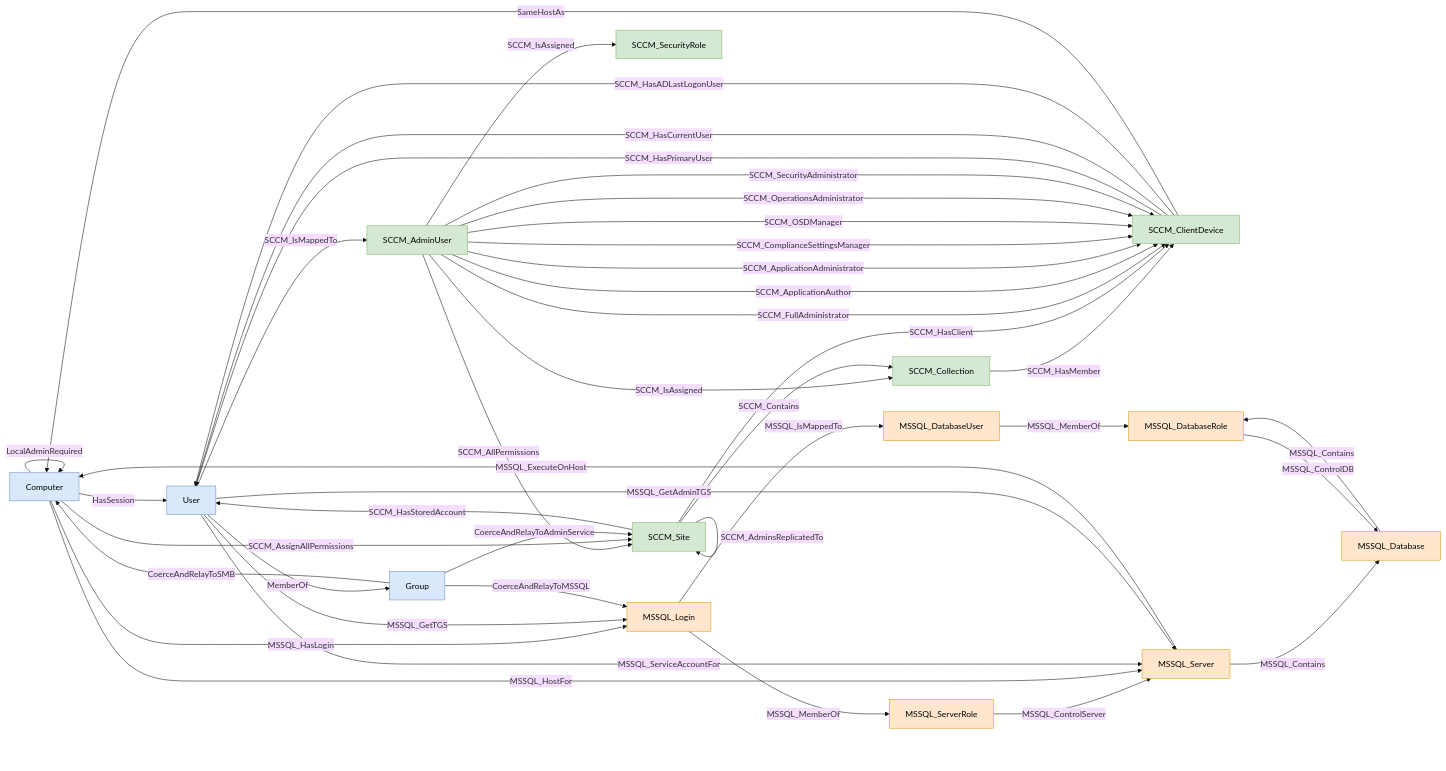
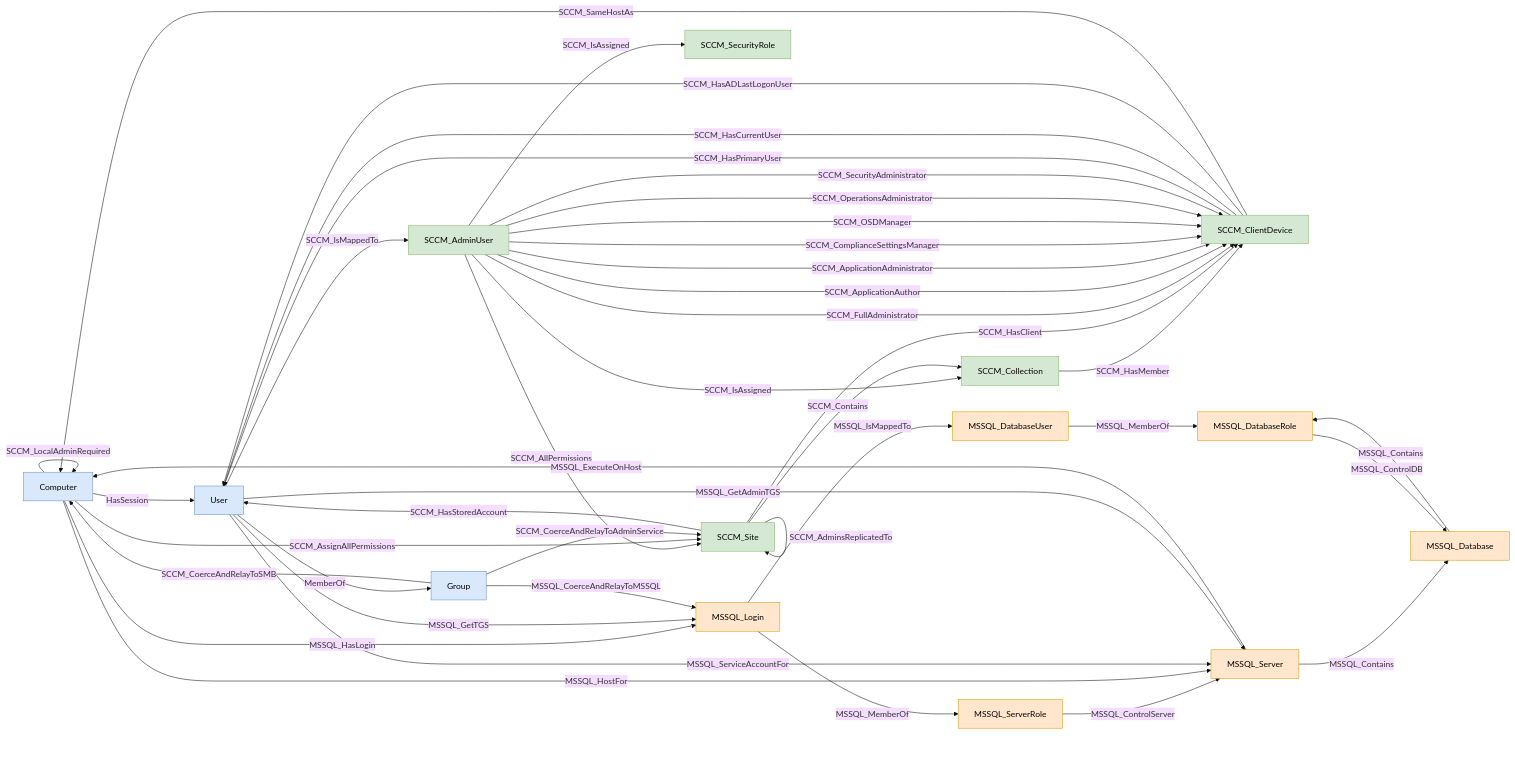
One commit to Mayyhem/OpenHound changed the third of 3 diagrams in sccm/sccm/README.md. Above: the diagram before and after it, drawn with Mermaid (base theme). The commit also changed other lines of this file and 60 other files, not shown here.

````diff
--- a/sccm/sccm/README.md
+++ b/sccm/sccm/README.md
@@ -577,57 +578,57 @@
 ```mermaid
 flowchart LR
     %% AD-native
     Computer; User; Group
     %% SCCM
     SCCM_Site; SCCM_ClientDevice; SCCM_Collection; SCCM_AdminUser; SCCM_SecurityRole
     %% MSSQL
     MSSQL_Server; MSSQL_Database; MSSQL_ServerRole; MSSQL_DatabaseRole; MSSQL_Login; MSSQL_DatabaseUser
 
     SCCM_Site -->|SCCM_AdminsReplicatedTo| SCCM_Site
     User -->|SCCM_IsMappedTo| SCCM_AdminUser
     SCCM_AdminUser -->|SCCM_IsAssigned| SCCM_SecurityRole
     SCCM_AdminUser -->|SCCM_IsAssigned| SCCM_Collection
     SCCM_Collection -->|SCCM_HasMember| SCCM_ClientDevice
     SCCM_Site -->|SCCM_HasClient| SCCM_ClientDevice
     SCCM_ClientDevice -->|SCCM_HasPrimaryUser| User
     SCCM_ClientDevice -->|SCCM_HasCurrentUser| User
     SCCM_ClientDevice -->|SCCM_HasADLastLogonUser| User
     SCCM_Site -->|SCCM_HasStoredAccount| User
     User -->|MemberOf| Group
     Computer -->|HasSession| User
     SCCM_Site -->|SCCM_Contains| SCCM_Collection
     SCCM_AdminUser -->|SCCM_FullAdministrator| SCCM_ClientDevice
     SCCM_AdminUser -->|SCCM_ApplicationAuthor| SCCM_ClientDevice
     SCCM_AdminUser -->|SCCM_ApplicationAdministrator| SCCM_ClientDevice
     SCCM_AdminUser -->|SCCM_ComplianceSettingsManager| SCCM_ClientDevice
     SCCM_AdminUser -->|SCCM_OSDManager| SCCM_ClientDevice
     SCCM_AdminUser -->|SCCM_OperationsAdministrator| SCCM_ClientDevice
     SCCM_AdminUser -->|SCCM_SecurityAdministrator| SCCM_ClientDevice
     SCCM_AdminUser -->|SCCM_AllPermissions| SCCM_Site
     Computer -->|SCCM_AssignAllPermissions| SCCM_Site
-    SCCM_ClientDevice -->|SameHostAs| Computer
-    Computer -->|LocalAdminRequired| Computer
+    SCCM_ClientDevice -->|SCCM_SameHostAs| Computer
+    Computer -->|SCCM_LocalAdminRequired| Computer
     MSSQL_Server -->|MSSQL_Contains| MSSQL_Database
     MSSQL_Database -->|MSSQL_Contains| MSSQL_DatabaseRole
     MSSQL_ServerRole -->|MSSQL_ControlServer| MSSQL_Server
     MSSQL_DatabaseRole -->|MSSQL_ControlDB| MSSQL_Database
     Computer -->|MSSQL_HostFor| MSSQL_Server
     MSSQL_Server -->|MSSQL_ExecuteOnHost| Computer
     Computer -->|MSSQL_HasLogin| MSSQL_Login
     MSSQL_Login -->|MSSQL_IsMappedTo| MSSQL_DatabaseUser
     MSSQL_Login -->|MSSQL_MemberOf| MSSQL_ServerRole
     MSSQL_DatabaseUser -->|MSSQL_MemberOf| MSSQL_DatabaseRole
     User -->|MSSQL_ServiceAccountFor| MSSQL_Server
     User -->|MSSQL_GetAdminTGS| MSSQL_Server
     User -->|MSSQL_GetTGS| MSSQL_Login
-    Group -->|CoerceAndRelayToAdminService| SCCM_Site
-    Group -->|CoerceAndRelayToMSSQL| MSSQL_Login
-    Group -->|CoerceAndRelayToSMB| Computer
+    Group -->|SCCM_CoerceAndRelayToAdminService| SCCM_Site
+    Group -->|MSSQL_CoerceAndRelayToMSSQL| MSSQL_Login
+    Group -->|SCCM_CoerceAndRelayToSMB| Computer
 
     classDef ad fill:#dae8fc,stroke:#6c8ebf,color:#000;
     classDef sccm fill:#d5e8d4,stroke:#82b366,color:#000;
     classDef mssql fill:#ffe6cc,stroke:#d79b00,color:#000;
     class Computer,User,Group ad;
     class SCCM_Site,SCCM_ClientDevice,SCCM_Collection,SCCM_AdminUser,SCCM_SecurityRole sccm;
     class MSSQL_Server,MSSQL_Database,MSSQL_ServerRole,MSSQL_DatabaseRole,MSSQL_Login,MSSQL_DatabaseUser mssql;
 ```
````
